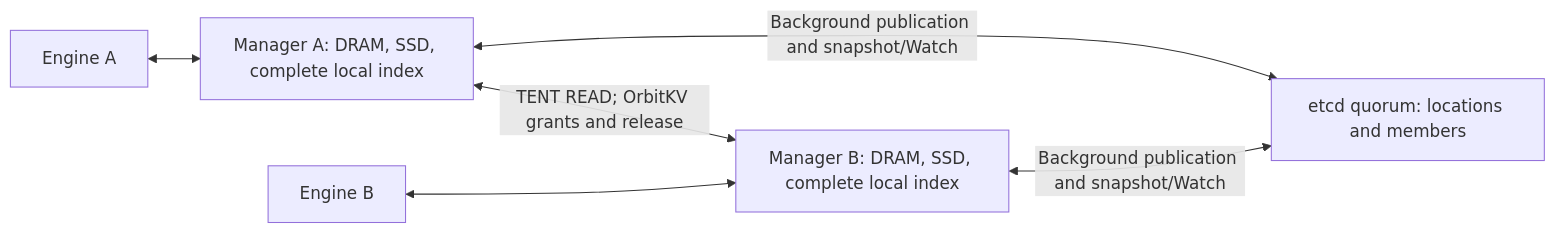
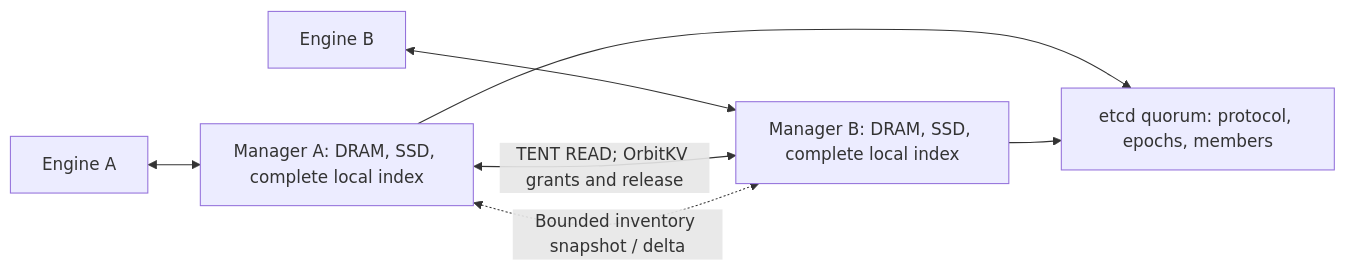
One commit to feichai0017/orbitkv changed the diagram in docs/architecture.md. Above: the diagram before and after it, drawn with Mermaid. The commit also changed other lines of this file and 13 other files, not shown here.

````diff
--- a/docs/architecture.md
+++ b/docs/architecture.md
@@ -497,8 +496,9 @@
 ```mermaid
 flowchart LR
     EA[Engine A] <--> MA[Manager A: DRAM, SSD, complete local index]
     EB[Engine B] <--> MB[Manager B: DRAM, SSD, complete local index]
     MA <-->|TENT READ; OrbitKV grants and release| MB
-    MA <-->|Background publication and snapshot/Watch| E[etcd quorum: locations and members]
-    MB <-->|Background publication and snapshot/Watch| E
+    MA --> E[etcd quorum: protocol, epochs, members]
+    MB --> E
+    MA <-.->|Bounded inventory snapshot / delta| MB
 ```
````
